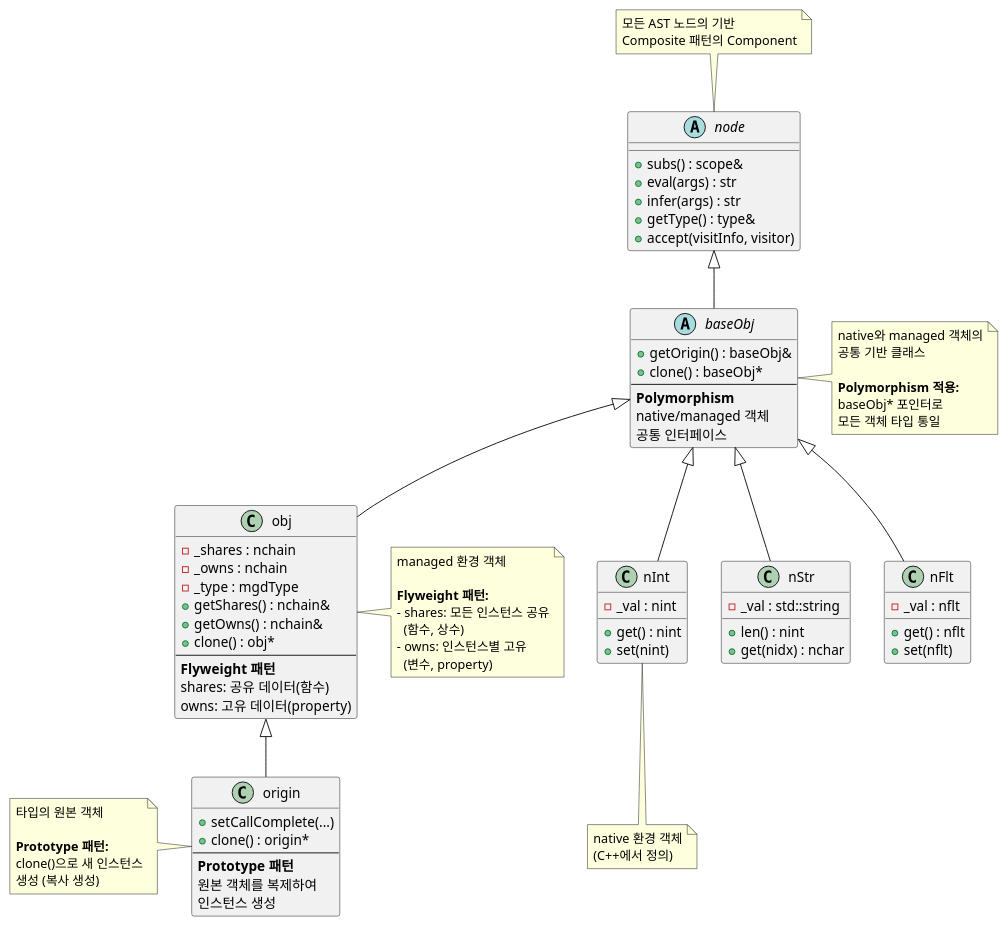
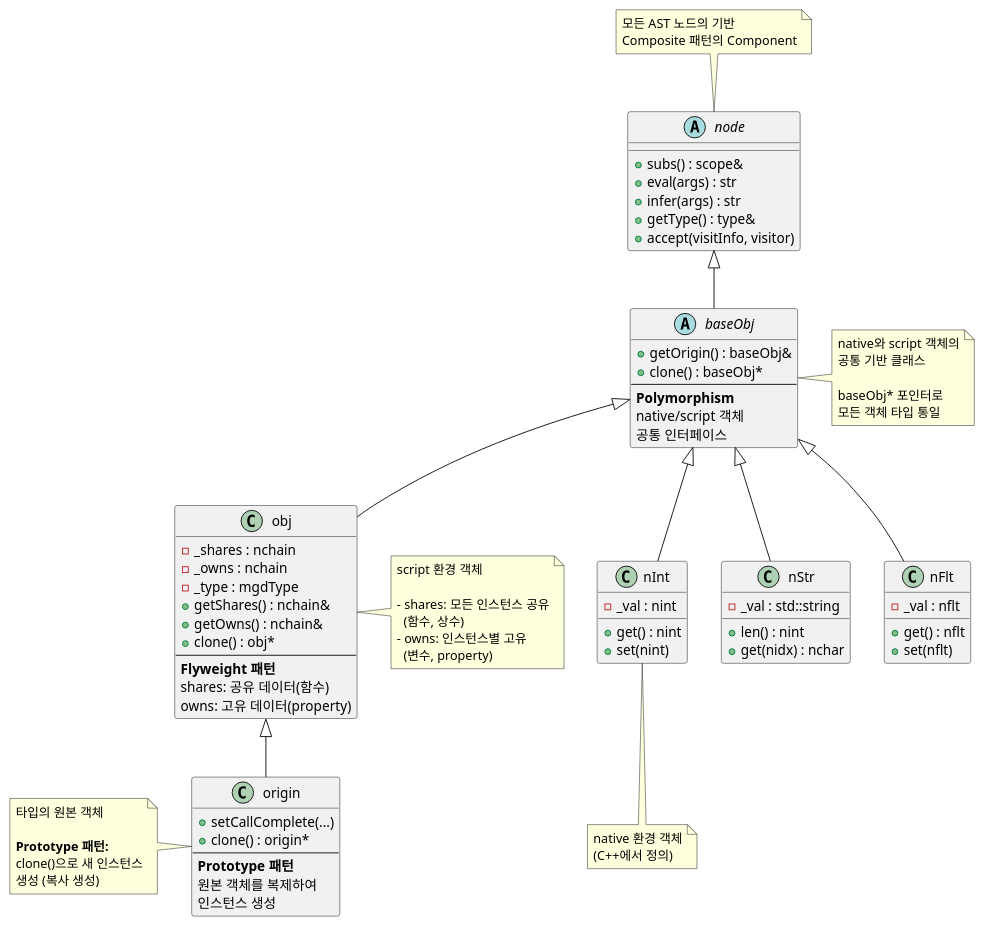
One commit to byeolang/byeol changed the fourth of 19 diagrams in doc/ref/ko/ai-architecture-core.md. Above: the diagram before and after it, drawn with PlantUML. The commit also changed other lines of this file, not shown here.

```diff
--- a/doc/ref/ko/ai-architecture-core.md
+++ b/doc/ref/ko/ai-architecture-core.md
@@ -627,7 +711,7 @@
     + clone() : baseObj*
     --
     <b>Polymorphism</b>
-    native/managed 객체
+    native/script 객체
     공통 인터페이스
 }
 
@@ -677,18 +761,16 @@
 end note
 
 note right of baseObj
-  native와 managed 객체의
+  native와 script 객체의
   공통 기반 클래스
 
-  <b>Polymorphism 적용:</b>
   baseObj* 포인터로
   모든 객체 타입 통일
 end note
 
 note right of obj
-  managed 환경 객체
+  script 환경 객체
 
-  <b>Flyweight 패턴:</b>
   - shares: 모든 인스턴스 공유
     (함수, 상수)
   - owns: 인스턴스별 고유
```
